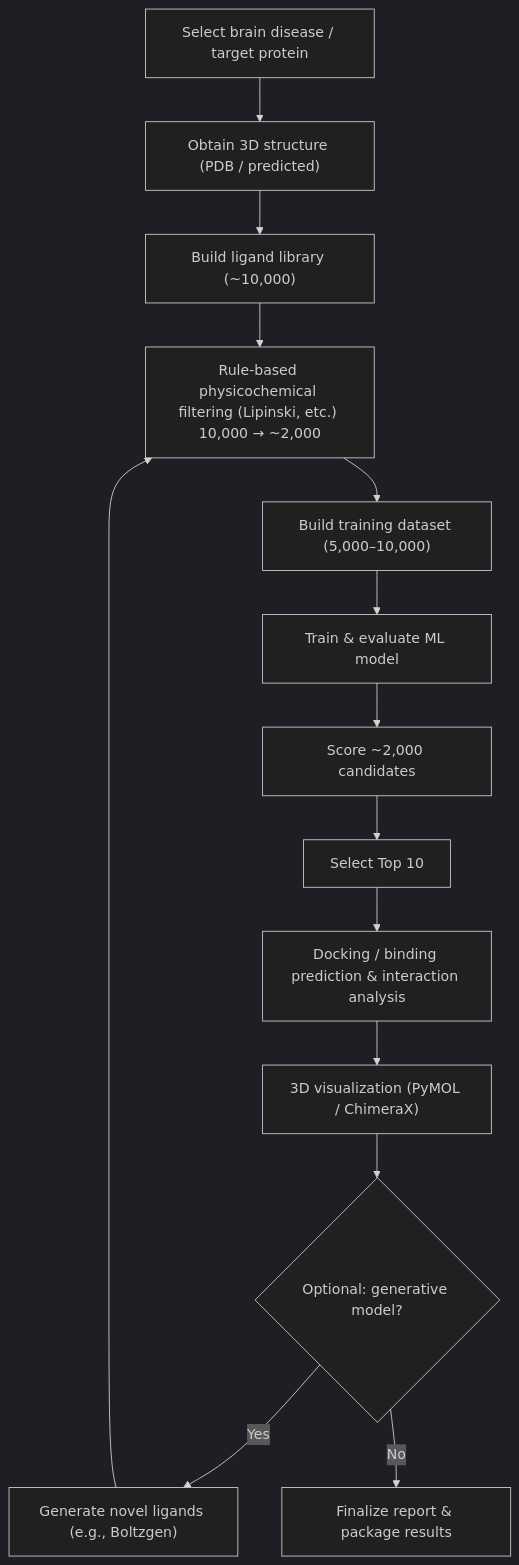
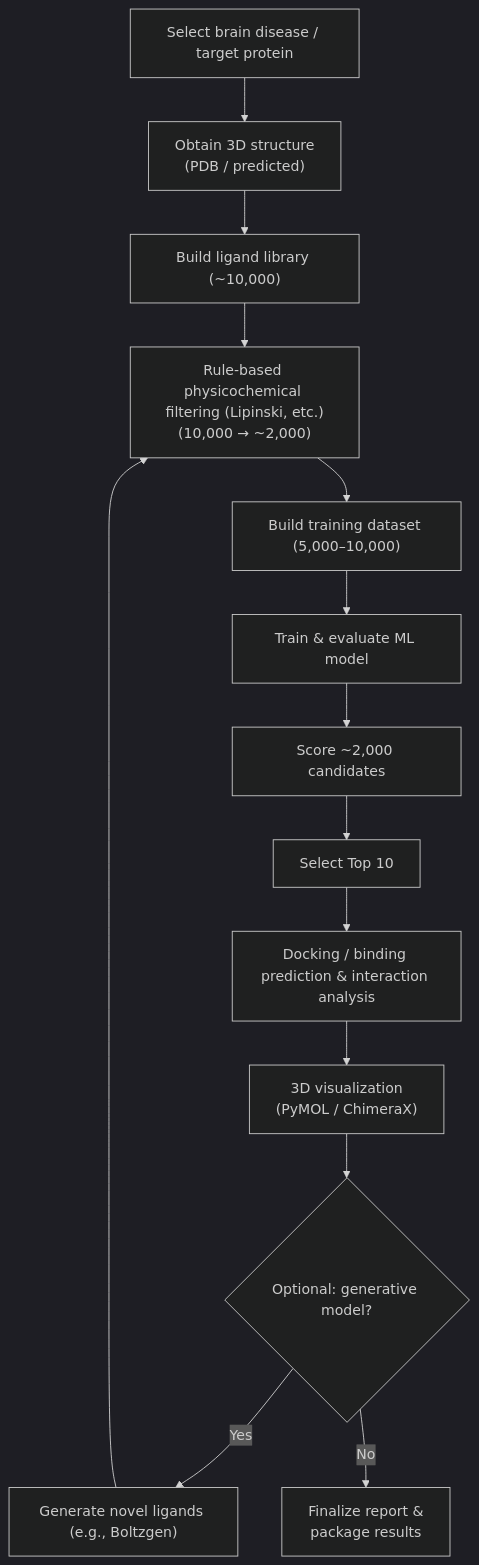
The diagram in README.md (youmdy/neuro-ligand-discovery-pipeline), drawn with Mermaid (dark theme) before and after one commit.

Commit message:
Enhance flowchart formatting in README
Updated flowchart to improve readability with line breaks.

````diff
--- a/README.md
+++ b/README.md
@@ -37,16 +37,16 @@
 ```mermaid
 flowchart TD
-  A[Select brain disease / target protein] --> B["Obtain 3D structure (PDB / predicted)"]
+  A[Select brain disease / target protein] --> B["Obtain 3D structure<br/>(PDB / predicted)"]
   B --> C["Build ligand library (~10,000)"]
-  C --> D["Rule-based physicochemical filtering (Lipinski, etc.) 10,000 → ~2,000"]
+  C --> D["Rule-based physicochemical filtering (Lipinski, etc.)<br/>(10,000 → ~2,000)"]
   D --> E["Build training dataset (5,000–10,000)"]
   E --> F["Train & evaluate ML model"]
   F --> G["Score ~2,000 candidates"]
   G --> H["Select Top 10"]
   H --> I["Docking / binding prediction & interaction analysis"]
-  I --> J["3D visualization (PyMOL / ChimeraX)"]
+  I --> J["3D visualization<br/>(PyMOL / ChimeraX)"]
   J --> K{"Optional: generative model?"}
   K -->|Yes| L["Generate novel ligands (e.g., Boltzgen)"]
   L --> D
-  K -->|No| M["Finalize report & package results"]
+  K -->|No| M["Finalize report &<br/>package results"]
 ```
````
